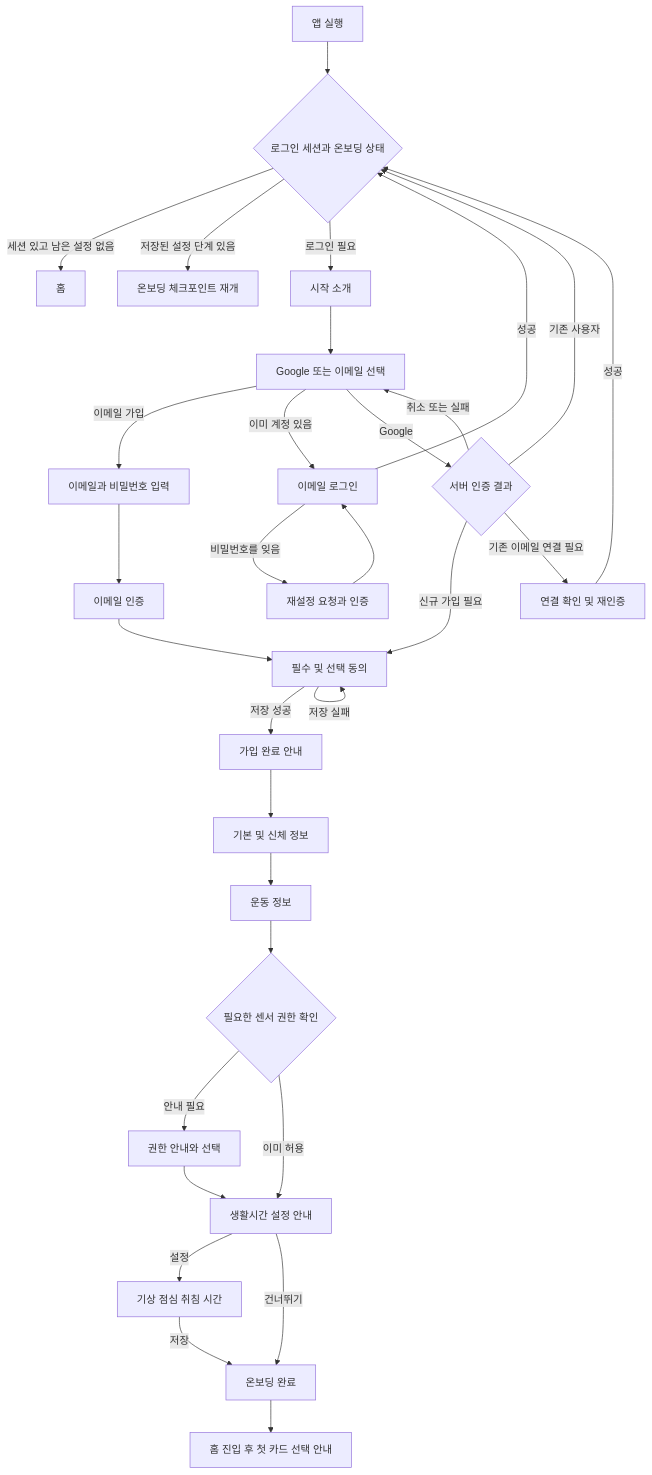
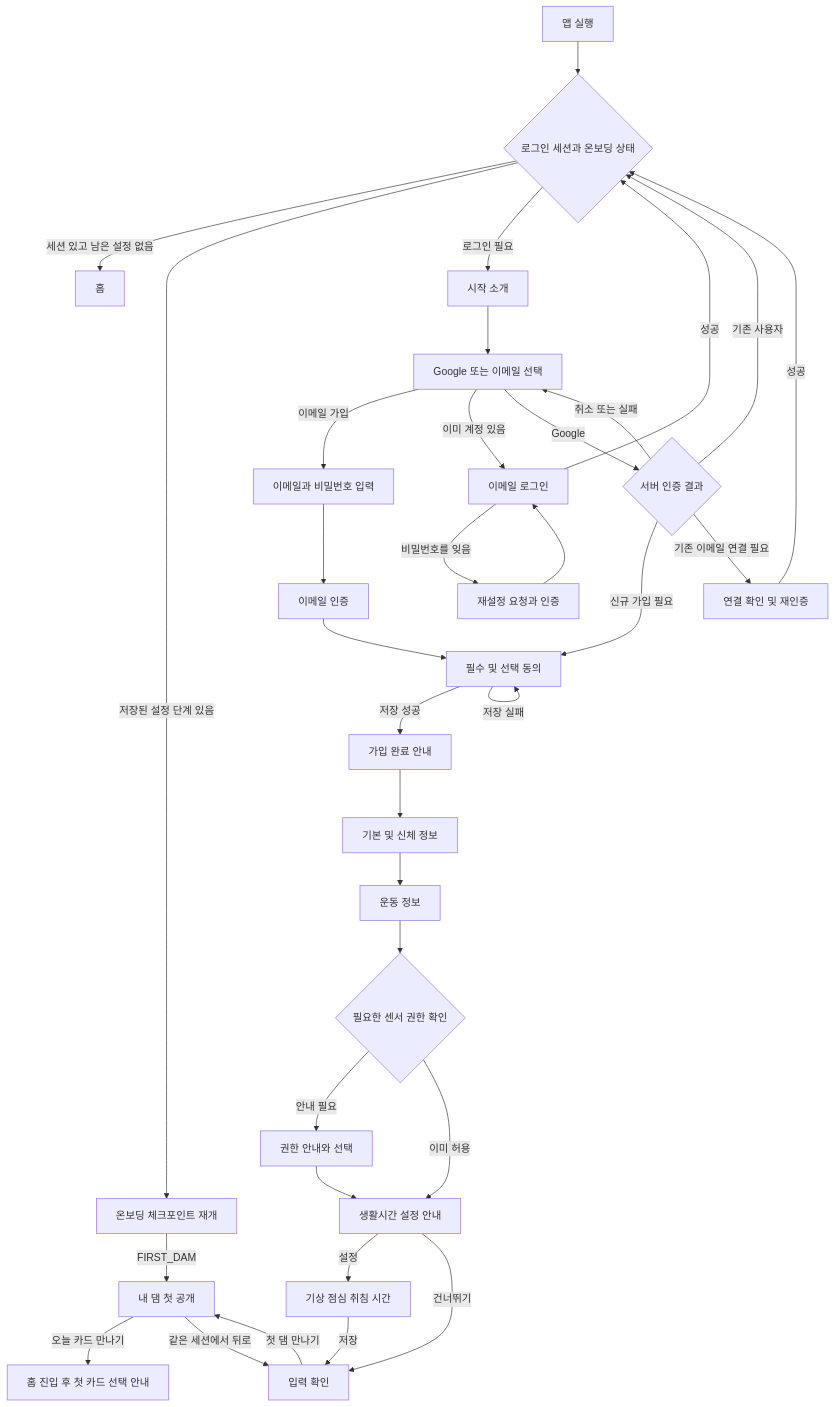
The first of 6 diagrams in docs/기획/유저플로우.md (AI-HealthCare-05/AH_05_01), drawn with Mermaid before and after one commit. The commit also changed other lines of this file and 139 other files, not shown here.

````diff
--- a/docs/기획/유저플로우.md
+++ b/docs/기획/유저플로우.md
@@ -9,33 +9,36 @@
 ```mermaid
 flowchart TD
     START[앱 실행] --> SESSION{로그인 세션과 온보딩 상태}
     SESSION -->|세션 있고 남은 설정 없음| HOME[홈]
     SESSION -->|저장된 설정 단계 있음| RESUME[온보딩 체크포인트 재개]
     SESSION -->|로그인 필요| WELCOME[시작 소개]
     WELCOME --> CHOICE[Google 또는 이메일 선택]
     CHOICE -->|이메일 가입| SIGNUP[이메일과 비밀번호 입력]
     SIGNUP --> VERIFY[이메일 인증]
     VERIFY --> CONSENT[필수 및 선택 동의]
     CHOICE -->|이미 계정 있음| LOGIN[이메일 로그인]
     LOGIN -->|성공| SESSION
     LOGIN -->|비밀번호를 잊음| RESET[재설정 요청과 인증]
     RESET --> LOGIN
     CHOICE -->|Google| GOOGLE{서버 인증 결과}
     GOOGLE -->|기존 사용자| SESSION
     GOOGLE -->|신규 가입 필요| CONSENT
     GOOGLE -->|기존 이메일 연결 필요| LINK[연결 확인 및 재인증]
     LINK -->|성공| SESSION
     GOOGLE -->|취소 또는 실패| CHOICE
     CONSENT -->|저장 성공| JOINED[가입 완료 안내]
     CONSENT -->|저장 실패| CONSENT
     JOINED --> PROFILE[기본 및 신체 정보]
     PROFILE --> EXERCISE[운동 정보]
     EXERCISE --> PERMISSION{필요한 센서 권한 확인}
     PERMISSION -->|안내 필요| EXPLAIN[권한 안내와 선택]
     PERMISSION -->|이미 허용| SCHEDULE[생활시간 설정 안내]
     EXPLAIN --> SCHEDULE
     SCHEDULE -->|설정| TIMES[기상 점심 취침 시간]
-    SCHEDULE -->|건너뛰기| DONE[온보딩 완료]
+    SCHEDULE -->|건너뛰기| DONE[입력 확인]
     TIMES -->|저장| DONE
-    DONE --> FIRST[홈 진입 후 첫 카드 선택 안내]
+    DONE -->|첫 댐 만나기| DAM[내 댐 첫 공개]
+    DAM -->|오늘 카드 만나기| FIRST[홈 진입 후 첫 카드 선택 안내]
+    DAM -->|같은 세션에서 뒤로| DONE
+    RESUME -->|FIRST_DAM| DAM
 ```
````
